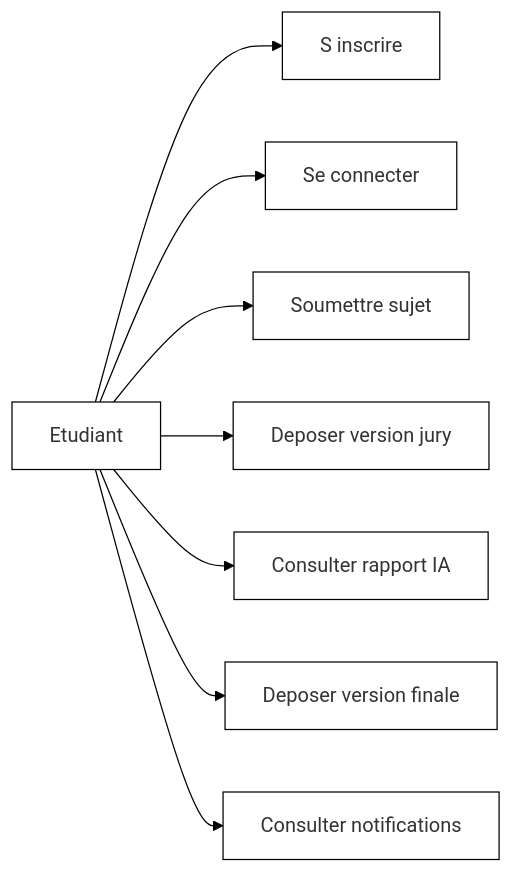
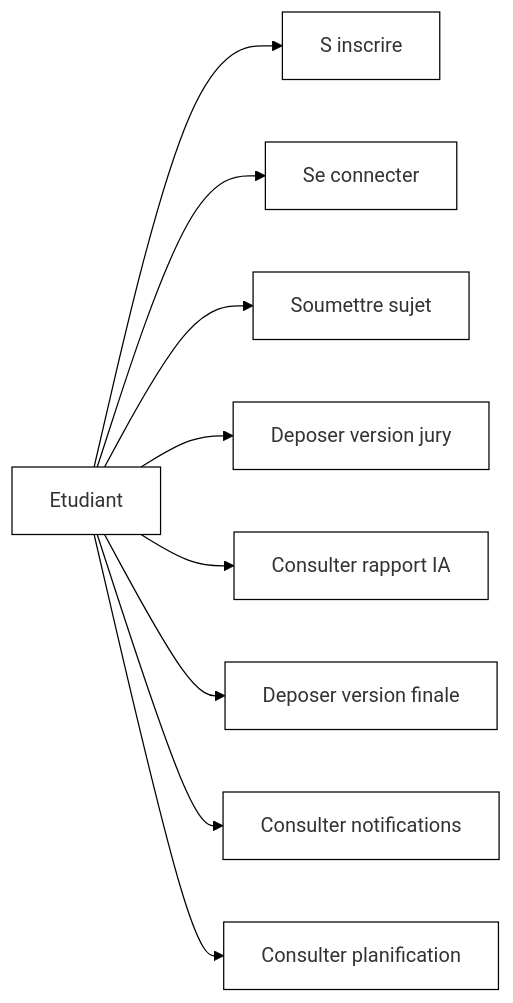
Before and after one commit to DavidMwangaza/TFC-Manager: the second of 13 diagrams in DIAGRAMMES-PAR-FIGURE-NB.md, drawn with Mermaid. The commit also changed other lines of this file and 34 other files, not shown here.

````diff
--- a/DIAGRAMMES-PAR-FIGURE-NB.md
+++ b/DIAGRAMMES-PAR-FIGURE-NB.md
@@ -24,11 +25,12 @@
 ```mermaid
 %%{init: {'theme':'base','themeVariables': {'background':'#ffffff','primaryColor':'#ffffff','primaryBorderColor':'#000000','lineColor':'#000000','textColor':'#000000'}}}%%
 graph LR
     E[Etudiant] --> A[S inscrire]
     E --> B[Se connecter]
     E --> C[Soumettre sujet]
     E --> D[Deposer version jury]
     E --> F[Consulter rapport IA]
     E --> G[Deposer version finale]
     E --> H[Consulter notifications]
+    E --> I[Consulter planification]
 ```
````
